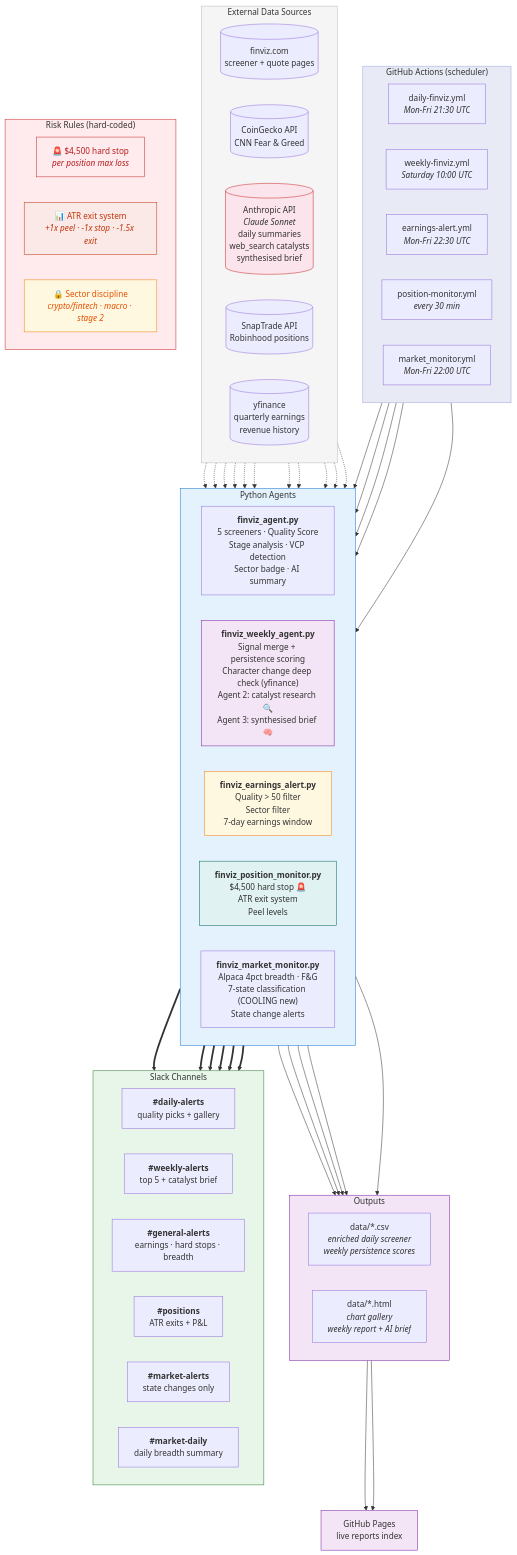
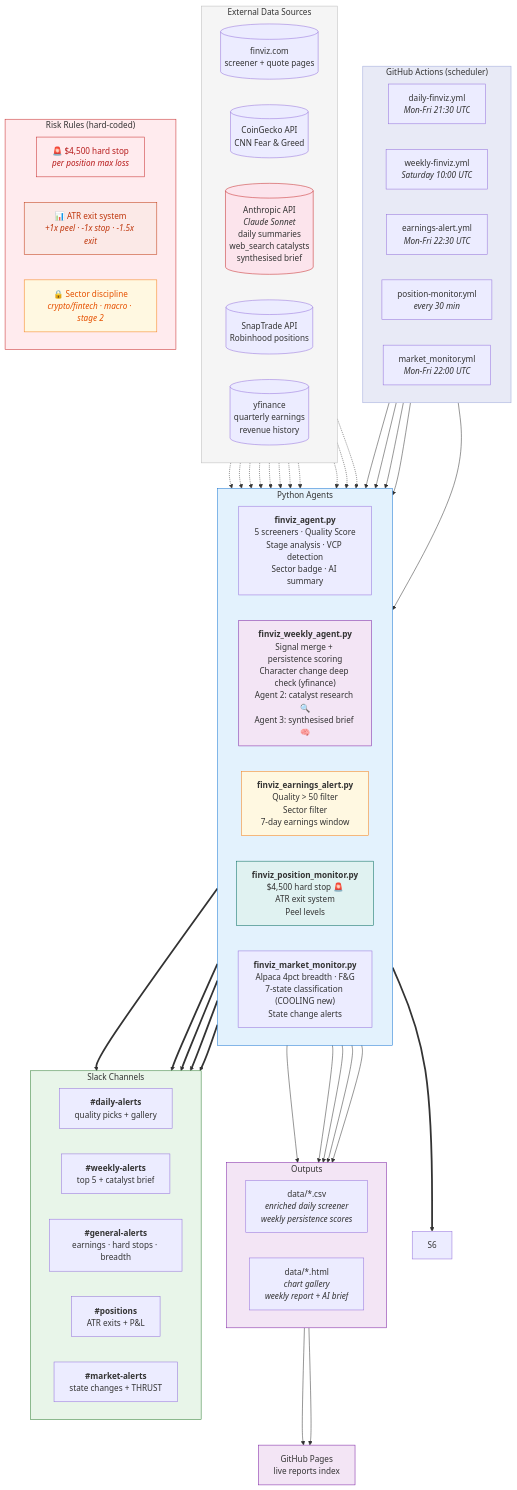
The diagram in SYSTEM_DOCS.md (AnanthSrinivasan/finviz-screener-agent), drawn with Mermaid before and after one commit. The commit also changed other lines of this file, not shown here.

First line of the commit message:
docs: SYSTEM_DOCS — remove market-daily, update trail rules + max positions

```diff
--- a/SYSTEM_DOCS.md
+++ b/SYSTEM_DOCS.md
@@ -98,8 +98,7 @@
         S2["<b>#weekly-alerts</b><br/>top 5 + catalyst brief"]
         S3["<b>#general-alerts</b><br/>earnings · hard stops · breadth"]
         S4["<b>#positions</b><br/>ATR exits + P&amp;L"]
-        S5["<b>#market-alerts</b><br/>state changes only"]
-        S6["<b>#market-daily</b><br/>daily breadth summary"]
+        S5["<b>#market-alerts</b><br/>state changes + THRUST"]
     end
 
     A1 ==> S1
```
